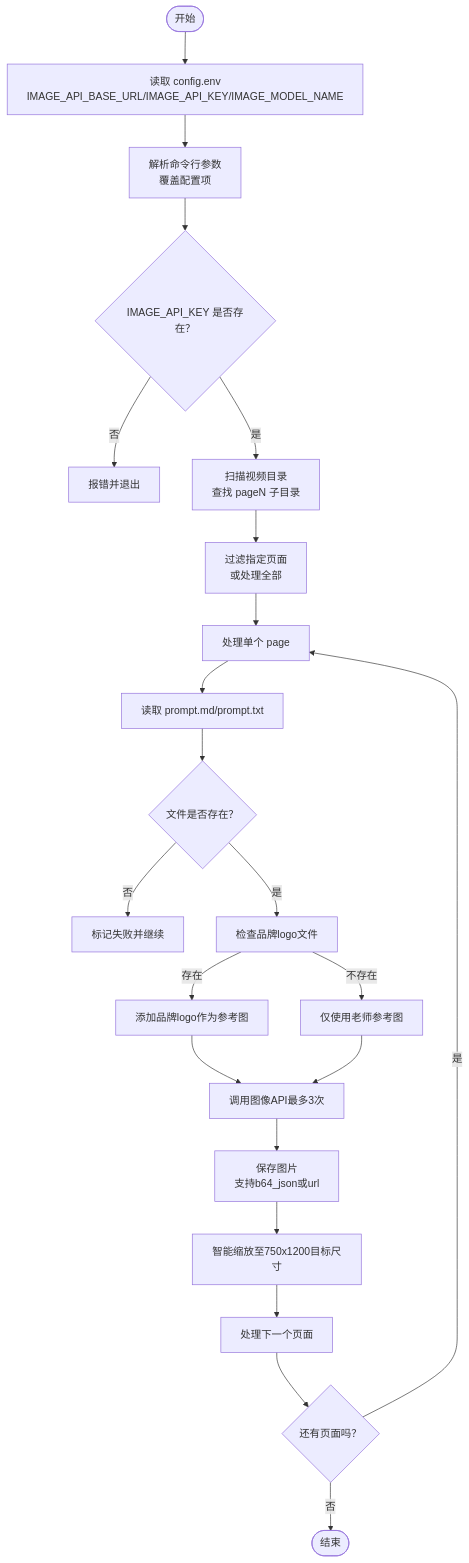
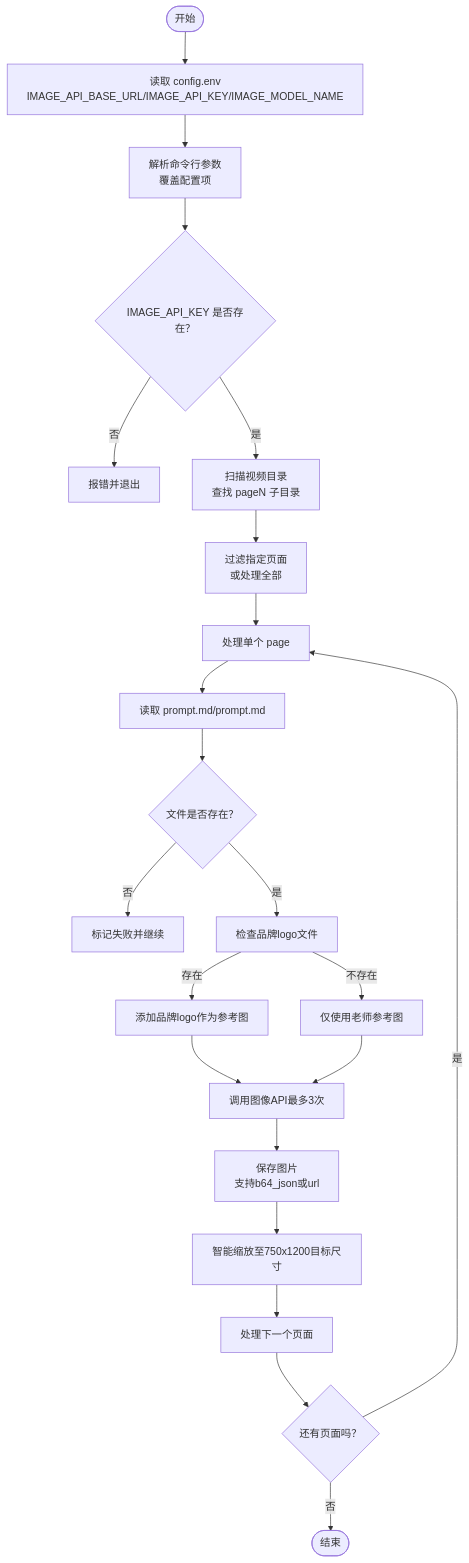
Before and after one commit to WongMingJiu/landingpage-test-hero-page: the fifth of 7 diagrams in .qoder/repowiki/zh/content/配置和定制/API配置.md, drawn with Mermaid. The commit also changed other lines of this file and 53 other files, not shown here.

````diff
--- a/.qoder/repowiki/zh/content/配置和定制/API配置.md
+++ b/.qoder/repowiki/zh/content/配置和定制/API配置.md
@@ -332,24 +332,24 @@
 ```mermaid
 flowchart TD
 Start(["开始"]) --> LoadConfig["读取 config.env<br/>IMAGE_API_BASE_URL/IMAGE_API_KEY/IMAGE_MODEL_NAME"]
 LoadConfig --> ParseArgs["解析命令行参数<br/>覆盖配置项"]
 ParseArgs --> CheckKey{"IMAGE_API_KEY 是否存在？"}
 CheckKey --> |否| ExitErr["报错并退出"]
 CheckKey --> |是| ScanPages["扫描视频目录<br/>查找 pageN 子目录"]
 ScanPages --> FilterPages["过滤指定页面<br/>或处理全部"]
 FilterPages --> ProcessPage["处理单个 page"]
-ProcessPage --> ReadPrompt["读取 prompt.md/prompt.txt"]
+ProcessPage --> ReadPrompt["读取 prompt.md/prompt.md"]
 ReadPrompt --> CheckFiles{"文件是否存在？"}
 CheckFiles --> |否| PageFail["标记失败并继续"]
 CheckFiles --> |是| CheckBrandLogo["检查品牌logo文件"]
 CheckBrandLogo --> |存在| AddBrandRef["添加品牌logo作为参考图"]
 CheckBrandLogo --> |不存在| UseTeacherOnly["仅使用老师参考图"]
 AddBrandRef --> CallAPI["调用图像API最多3次"]
 UseTeacherOnly --> CallAPI
 CallAPI --> SaveImage["保存图片<br/>支持b64_json或url"]
 SaveImage --> Resize["智能缩放至750x1200目标尺寸"]
 Resize --> NextPage["处理下一个页面"]
 NextPage --> Done{"还有页面吗？"}
 Done --> |是| ProcessPage
 Done --> |否| End(["结束"])
 ```
````
